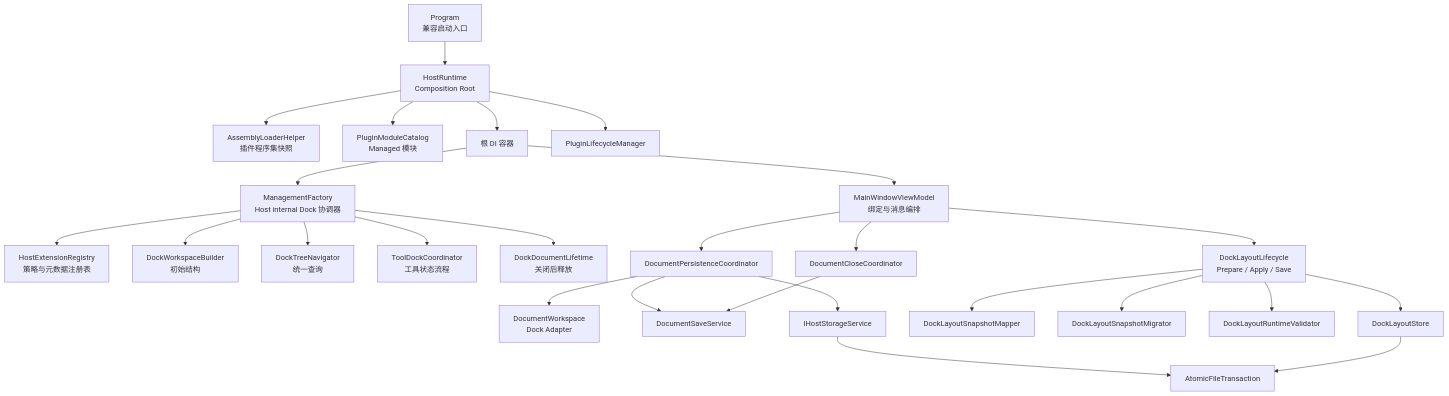
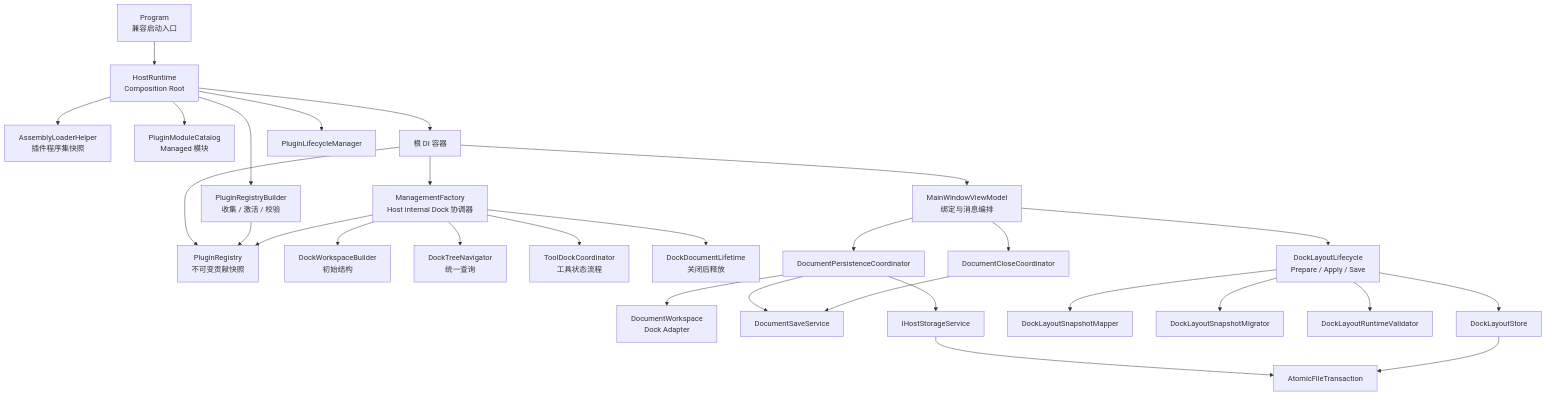
One commit to crownclowngx/avalonia_dock_simple_test changed the first of 2 diagrams in Host/MyAvaloniaManagement/docs/design/architecture.md. Above: the diagram before and after it, drawn with Mermaid. The commit also changed other lines of this file and 71 other files, not shown here.

First line of the commit message:
refactor(plugin): 完成 G5 显式贡献与 Plugin Registry

````diff
--- a/Host/MyAvaloniaManagement/docs/design/architecture.md
+++ b/Host/MyAvaloniaManagement/docs/design/architecture.md
@@ -28,31 +28,34 @@
 ```mermaid
 flowchart TB
     Program["Program<br/>兼容启动入口"] --> Runtime["HostRuntime<br/>Composition Root"]
     Runtime --> Loader["AssemblyLoaderHelper<br/>插件程序集快照"]
     Runtime --> Catalog["PluginModuleCatalog<br/>Managed 模块"]
+    Runtime --> RegistryBuilder["PluginRegistryBuilder<br/>收集 / 激活 / 校验"]
     Runtime --> Container["根 DI 容器"]
     Runtime --> Lifecycle["PluginLifecycleManager"]
 
     Container --> Factory["ManagementFactory<br/>Host internal Dock 协调器"]
-    Factory --> Registry["HostExtensionRegistry<br/>策略与元数据注册表"]
+    Container --> Registry["PluginRegistry<br/>不可变贡献快照"]
+    RegistryBuilder --> Registry
+    Factory --> Registry
     Factory --> Builder["DockWorkspaceBuilder<br/>初始结构"]
     Factory --> Navigator["DockTreeNavigator<br/>统一查询"]
     Factory --> ToolCoordinator["ToolDockCoordinator<br/>工具状态流程"]
     Factory --> DocumentLifetime["DockDocumentLifetime<br/>关闭后释放"]
 
     Container --> MainVM["MainWindowViewModel<br/>绑定与消息编排"]
     MainVM --> Documents["DocumentPersistenceCoordinator"]
     MainVM --> Close["DocumentCloseCoordinator"]
     Documents --> Workspace["DocumentWorkspace<br/>Dock Adapter"]
     Documents --> Save["DocumentSaveService"]
     Close --> Save
     Documents --> Storage["IHostStorageService"]
     Storage --> Atomic["AtomicFileTransaction"]
 
     MainVM --> Layout["DockLayoutLifecycle<br/>Prepare / Apply / Save"]
     Layout --> Mapper["DockLayoutSnapshotMapper"]
     Layout --> Migrator["DockLayoutSnapshotMigrator"]
     Layout --> Validator["DockLayoutRuntimeValidator"]
     Layout --> Store["DockLayoutStore"]
     Store --> Atomic
 ```
````
